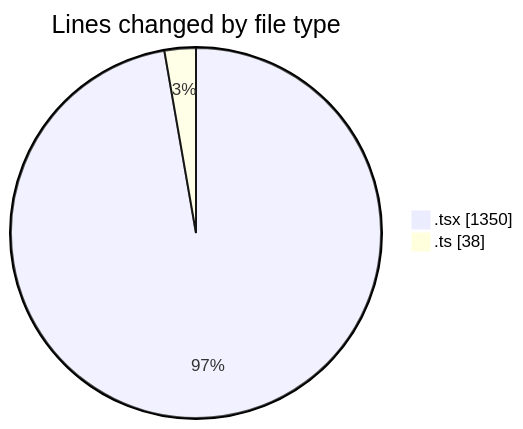
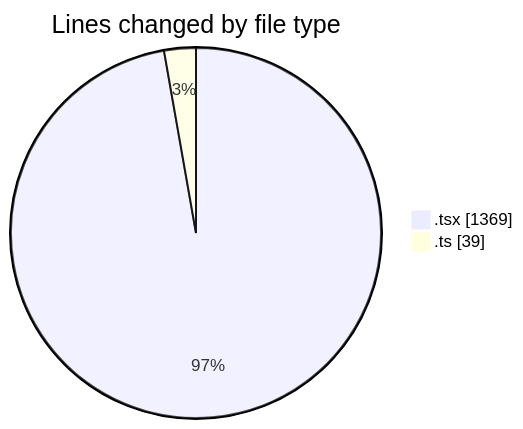
Before and after one commit to momahboobian/code-tracking: the first of 2 diagrams in 2025-02-11/cda/README.md, drawn with Mermaid. The commit also changed other lines of this file and 1 other file, not shown here.

````diff
--- a/2025-02-11/cda/README.md
+++ b/2025-02-11/cda/README.md
@@ -23,6 +23,6 @@
 ```mermaid
 pie showData
 title Lines changed by file type
-".tsx" : 1350
-".ts" : 38
+".tsx" : 1369
+".ts" : 39
 ```
````
